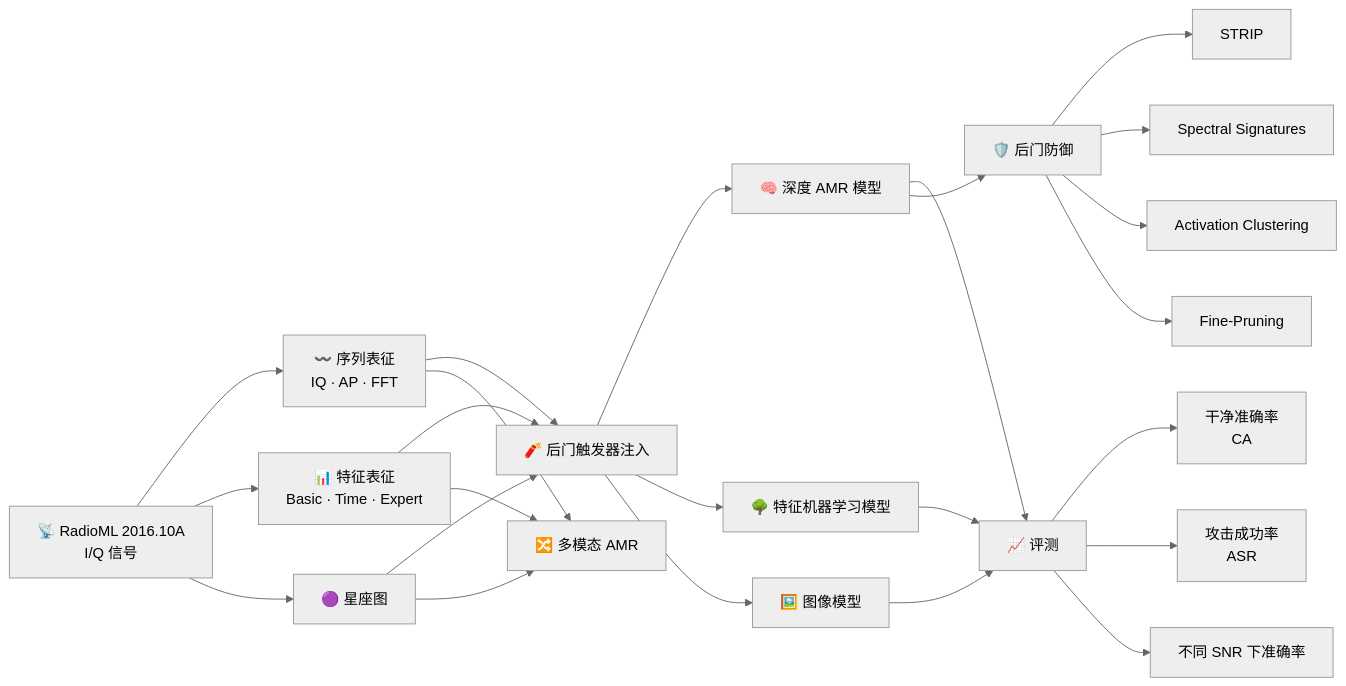
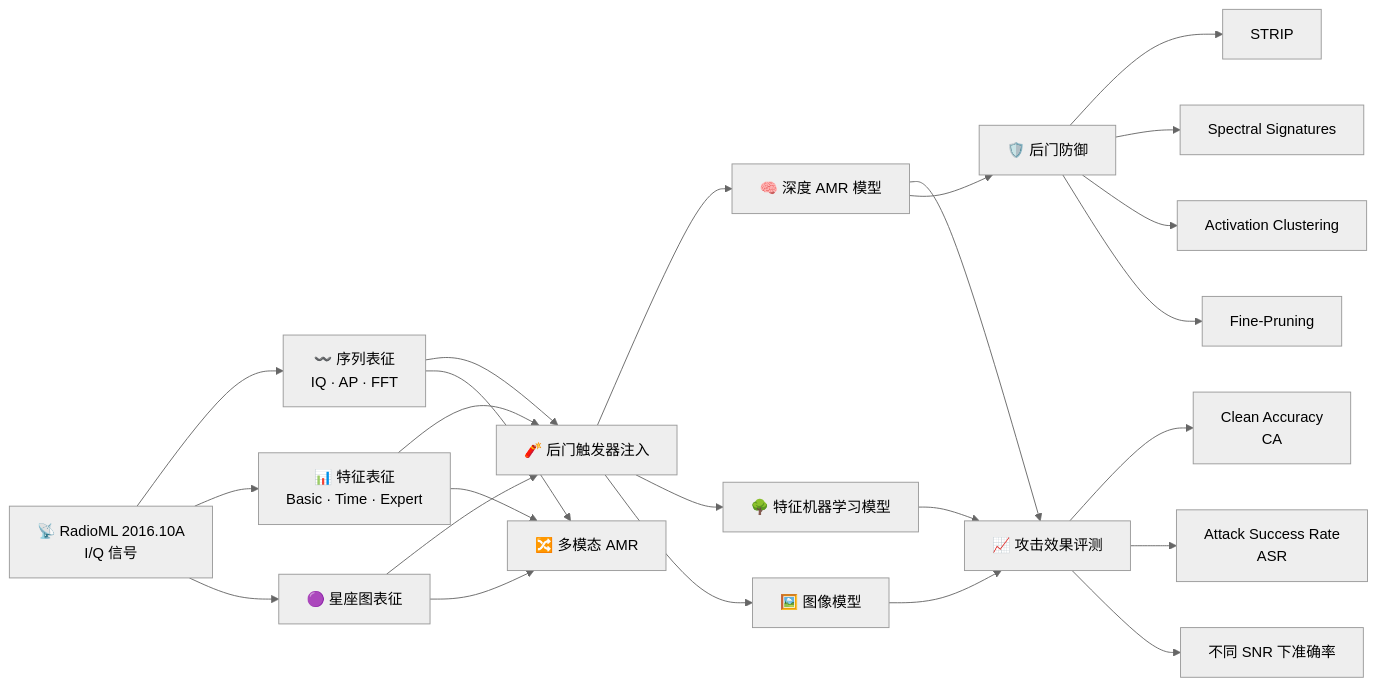
The first of 2 diagrams in README.md (Xu0225/AMR_BACKDOOR), drawn with Mermaid (neutral theme) before and after one commit. The commit also changed other lines of this file, not shown here.

```diff
--- a/README.md
+++ b/README.md
@@ -133,34 +129,27 @@
 ~~~mermaid
 flowchart LR
     A["📡 RadioML 2016.10A<br/>I/Q 信号"]
-
     A --> B1["〰️ 序列表征<br/>IQ · AP · FFT"]
     A --> B2["📊 特征表征<br/>Basic · Time · Expert"]
-    A --> B3["🟣 星座图"]
-
+    A --> B3["🟣 星座图表征"]
     B1 --> C["🧨 后门触发器注入"]
     B2 --> C
     B3 --> C
-
     C --> D1["🧠 深度 AMR 模型"]
     C --> D2["🌳 特征机器学习模型"]
     C --> D3["🖼️ 图像模型"]
-
-    D1 --> E["📈 评测"]
+    D1 --> E["📈 攻击效果评测"]
     D2 --> E
     D3 --> E
-
-    E --> F1["干净准确率<br/>CA"]
-    E --> F2["攻击成功率<br/>ASR"]
+    E --> F1["Clean Accuracy<br/>CA"]
+    E --> F2["Attack Success Rate<br/>ASR"]
     E --> F3["不同 SNR 下准确率"]
-
     D1 --> G["🛡️ 后门防御"]
     G --> G1["STRIP"]
     G --> G2["Spectral Signatures"]
     G --> G3["Activation Clustering"]
     G --> G4["Fine-Pruning"]
-
     B1 --> H["🔀 多模态 AMR"]
     B2 --> H
     B3 --> H
 ~~~
```
